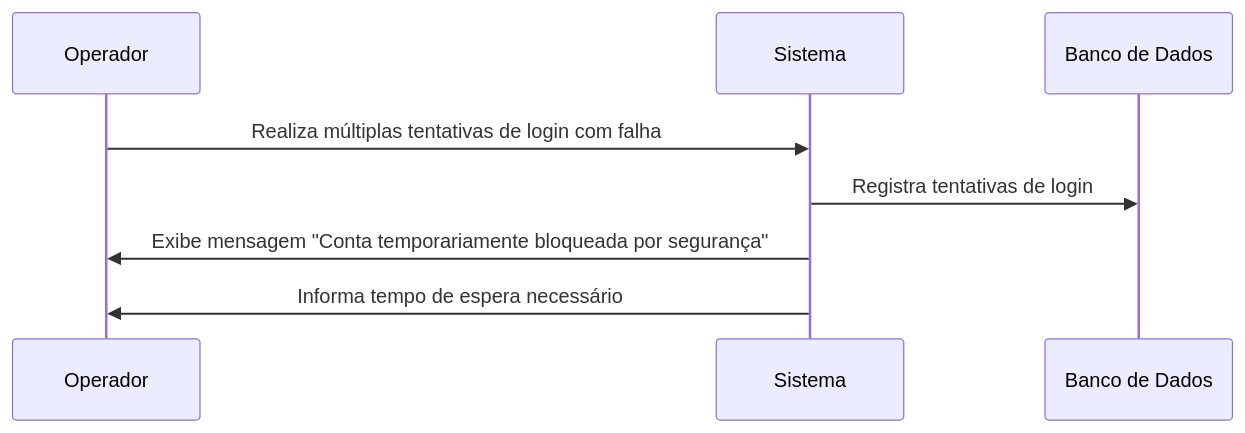
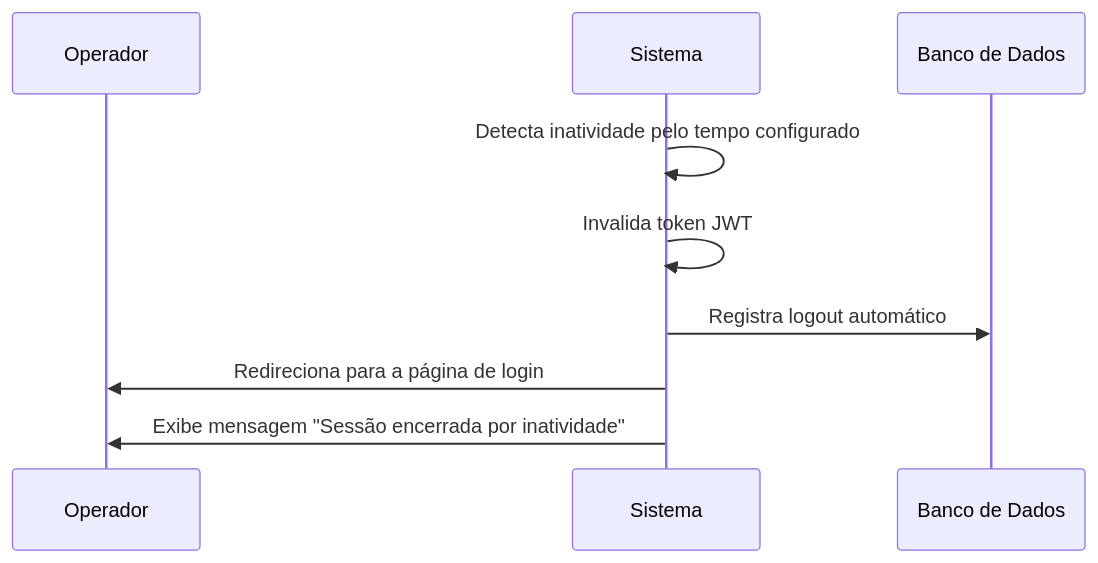
The third of 3 diagrams in Writerside/topics/RF10.md (Bomsalvez/quilombo-docs), drawn with Mermaid before and after one commit. The commit also changed other lines of this file and 34 other files, not shown here.

````diff
--- a/Writerside/topics/RF10.md
+++ b/Writerside/topics/RF10.md
@@ -86,11 +61,12 @@
 ```mermaid
 sequenceDiagram
     participant O as Operador
     participant S as Sistema
     participant DB as Banco de Dados
     
-    O->>S: Realiza múltiplas tentativas de login com falha
-    S->>DB: Registra tentativas de login
-    S->>O: Exibe mensagem "Conta temporariamente bloqueada por segurança"
-    S->>O: Informa tempo de espera necessário
+    S->>S: Detecta inatividade pelo tempo configurado
+    S->>S: Invalida token JWT
+    S->>DB: Registra logout automático
+    S->>O: Redireciona para a página de login
+    S->>O: Exibe mensagem "Sessão encerrada por inatividade"
 ```
````
